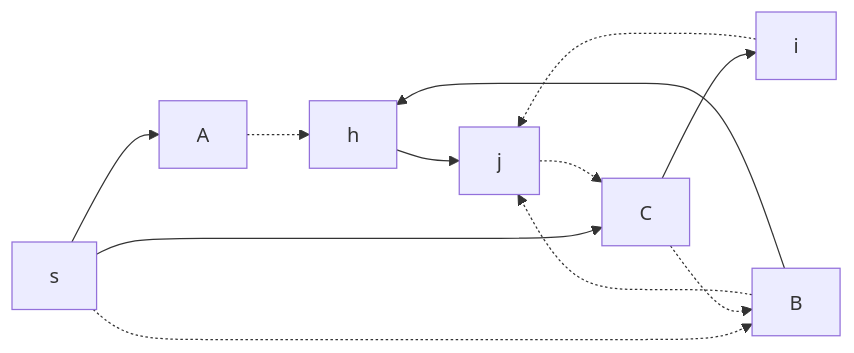
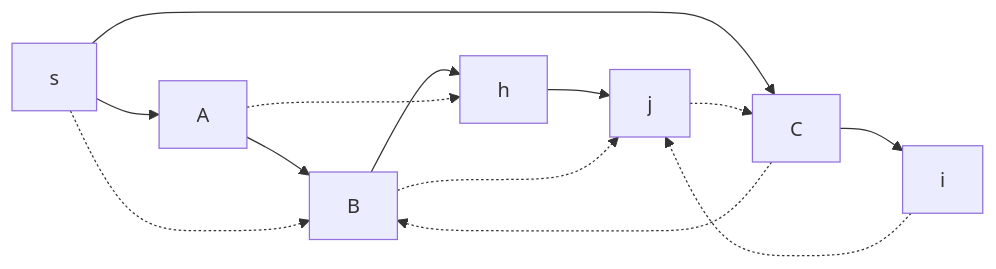
One commit to SuperSamus/appunti-universitari changed the fifth of 5 diagrams in Ricerca operativa/Problemi di ottimizzazione/Ottimizzazione grafi.md. Above: the diagram before and after it, drawn with Mermaid. The commit also changed other lines of this file, not shown here.

Commit message:
vault backup: 2022-10-14 19:24:27

````diff
--- a/Ricerca operativa/Problemi di ottimizzazione/Ottimizzazione grafi.md
+++ b/Ricerca operativa/Problemi di ottimizzazione/Ottimizzazione grafi.md
@@ -100,10 +102,12 @@
 ```mermaid
 flowchart LR
-s --> A -.-> h
-s -.-> B -.-> j
+s --> A
 s --> C --> i
+A --> B
 B --> h
 h --> j
-C -.-> B
-i -.-> j -.-> C
+A .-> h
+s .-> B .-> j
+C .-> B
+i .-> j .-> C
 ```
````
